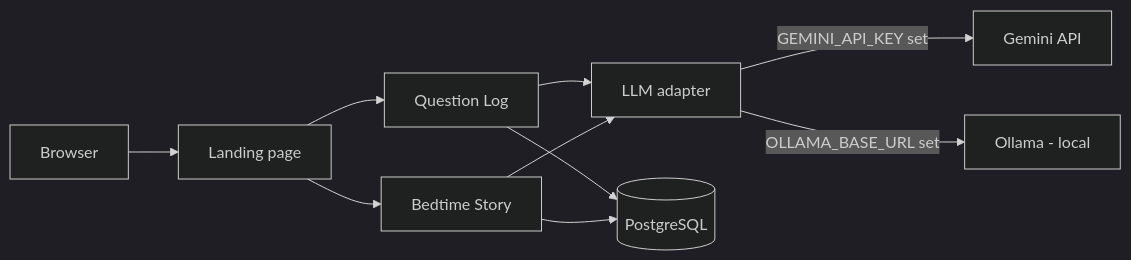
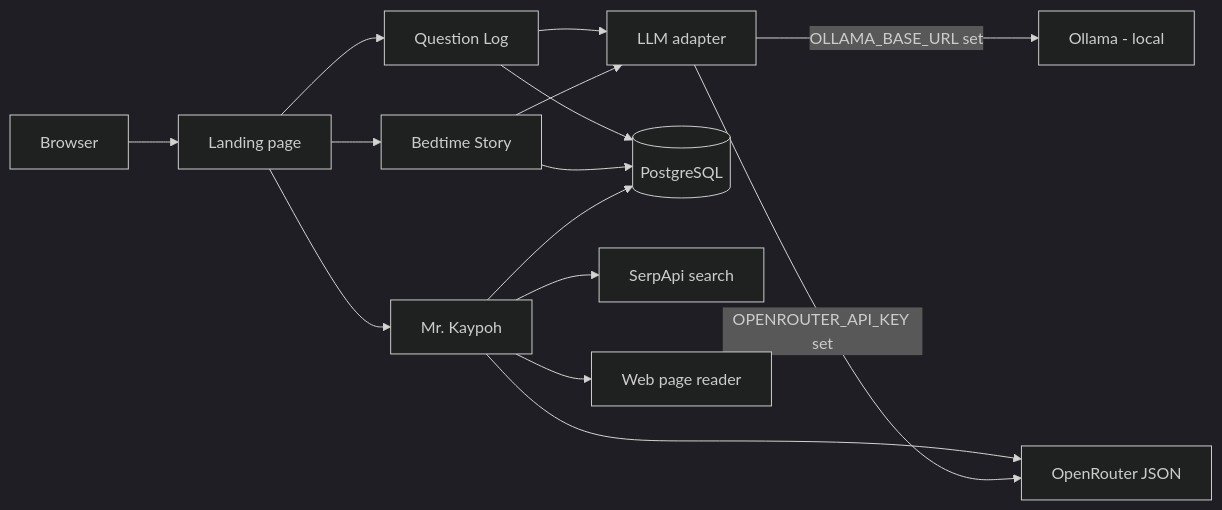
Before and after one commit to gelwuyl/ai-playground-fastapi-ollama-postgres: the diagram in README.md, drawn with Mermaid (dark theme). The commit also changed other lines of this file, not shown here.

First line of the commit message:
docs: update README for Mr. Kaypoh + OpenRouter switch

````diff
--- a/README.md
+++ b/README.md
@@ -21,12 +24,17 @@
 ```mermaid
 flowchart LR
     B[Browser] --> L[Landing page]
     L --> Q[Question Log]
     L --> S[Bedtime Story]
+    L --> R[Mr. Kaypoh]
     Q --> A[LLM adapter]
     S --> A
-    A -->|GEMINI_API_KEY set| G[Gemini API]
+    R --> OR[OpenRouter JSON]
+    A -->|OPENROUTER_API_KEY set| OR
     A -->|OLLAMA_BASE_URL set| O[Ollama - local]
     Q --> P[(PostgreSQL)]
     S --> P
+    R --> P
+    R --> SE[SerpApi search]
+    R --> WB[Web page reader]
 ```
````
